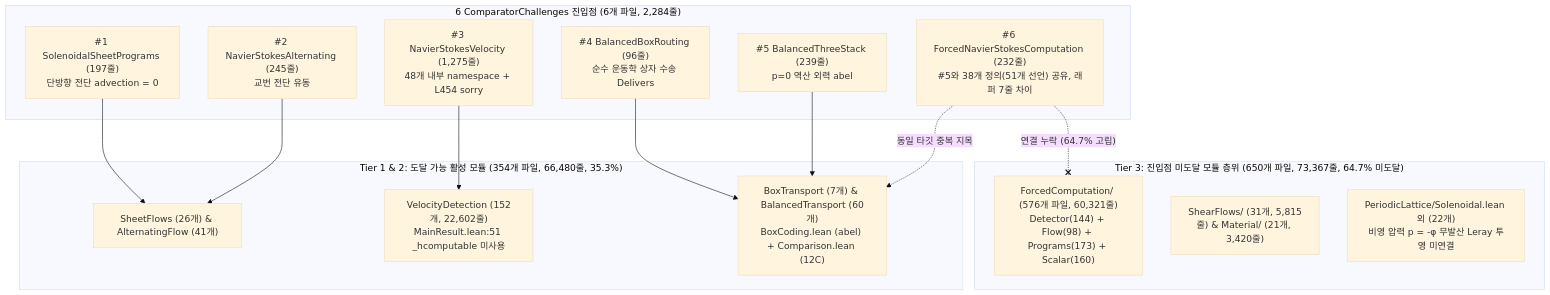
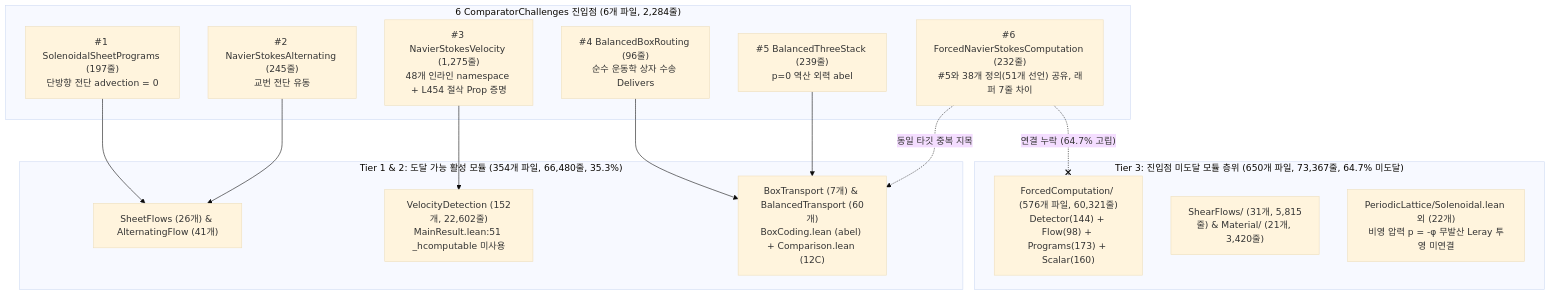
Before and after one commit to gilheumpark-bit/ultari-proof-anatomy: the diagram in anatomy/006-openai-376-navier-stokes/ko/03_전문가용_수리물리및형식증명심사보고서.md, drawn with Mermaid (base theme). The commit also changed other lines of this file and 244 other files, not shown here.

````diff
--- a/anatomy/006-openai-376-navier-stokes/ko/03_전문가용_수리물리및형식증명심사보고서.md
+++ b/anatomy/006-openai-376-navier-stokes/ko/03_전문가용_수리물리및형식증명심사보고서.md
@@ -19,31 +19,31 @@
 ```mermaid
 flowchart TD
     subgraph Challenges["6 ComparatorChallenges 진입점 (6개 파일, 2,284줄)"]
         C1["#1 SolenoidalSheetPrograms (197줄)<br/>단방향 전단 advection = 0"]
         C2["#2 NavierStokesAlternating (245줄)<br/>교번 전단 유동"]
-        C3["#3 NavierStokesVelocity (1,275줄)<br/>48개 내부 namespace + L454 sorry"]
+        C3["#3 NavierStokesVelocity (1,275줄)<br/>48개 인라인 namespace + L454 절삭 Prop 증명"]
         C4["#4 BalancedBoxRouting (96줄)<br/>순수 운동학 상자 수송 Delivers"]
         C5["#5 BalancedThreeStack (239줄)<br/>p=0 역산 외력 abel"]
         C6["#6 ForcedNavierStokesComputation (232줄)<br/>#5와 38개 정의(51개 선언) 공유, 래퍼 7줄 차이"]
     end
 
     subgraph Reachable["Tier 1 & 2: 도달 가능 활성 모듈 (354개 파일, 66,480줄, 35.3%)"]
         R1["SheetFlows (26개) & AlternatingFlow (41개)"]
         R2["VelocityDetection (152개, 22,602줄)<br/>MainResult.lean:51 _hcomputable 미사용"]
         R3["BoxTransport (7개) & BalancedTransport (60개)<br/>BoxCoding.lean (abel) + Comparison.lean (12C)"]
     end
 
     subgraph Orphaned["Tier 3: 진입점 미도달 모듈 층위 (650개 파일, 73,367줄, 64.7% 미도달)"]
         O1["ForcedComputation/ (576개 파일, 60,321줄)<br/>Detector(144) + Flow(98) + Programs(173) + Scalar(160)"]
         O2["ShearFlows/ (31개, 5,815줄) & Material/ (21개, 3,420줄)"]
         O3["PeriodicLattice/Solenoidal.lean 외 (22개)<br/>비영 압력 p = -φ 무발산 Leray 투영 미연결"]
     end
 
     C1 --> R1
     C2 --> R1
     C3 --> R2
     C4 --> R3
     C5 --> R3
     C6 -. "동일 타깃 중복 지목" .-> R3
     C6 -.-x|"연결 누락 (64.7% 고립)"| O1
 ```
````
